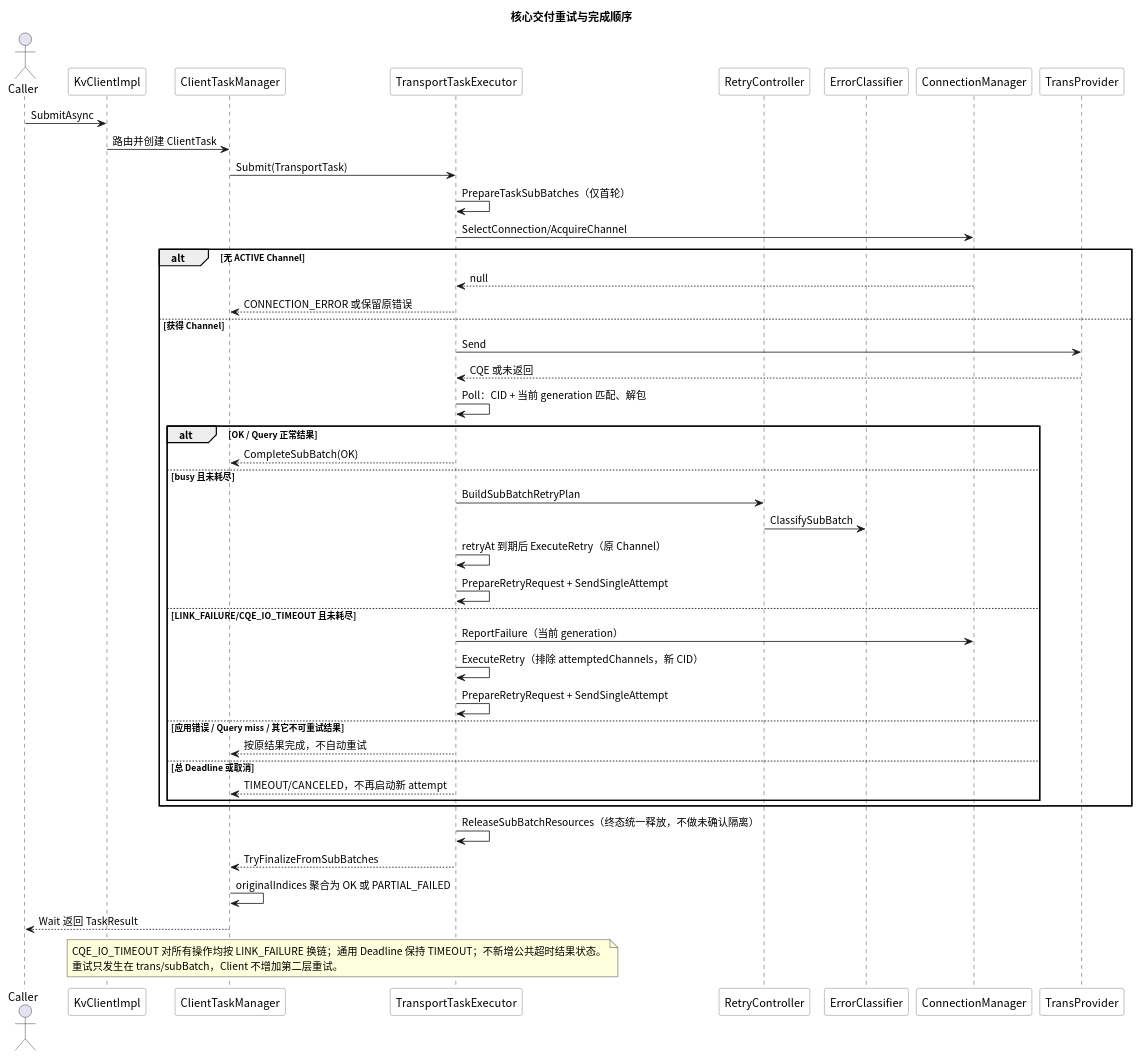
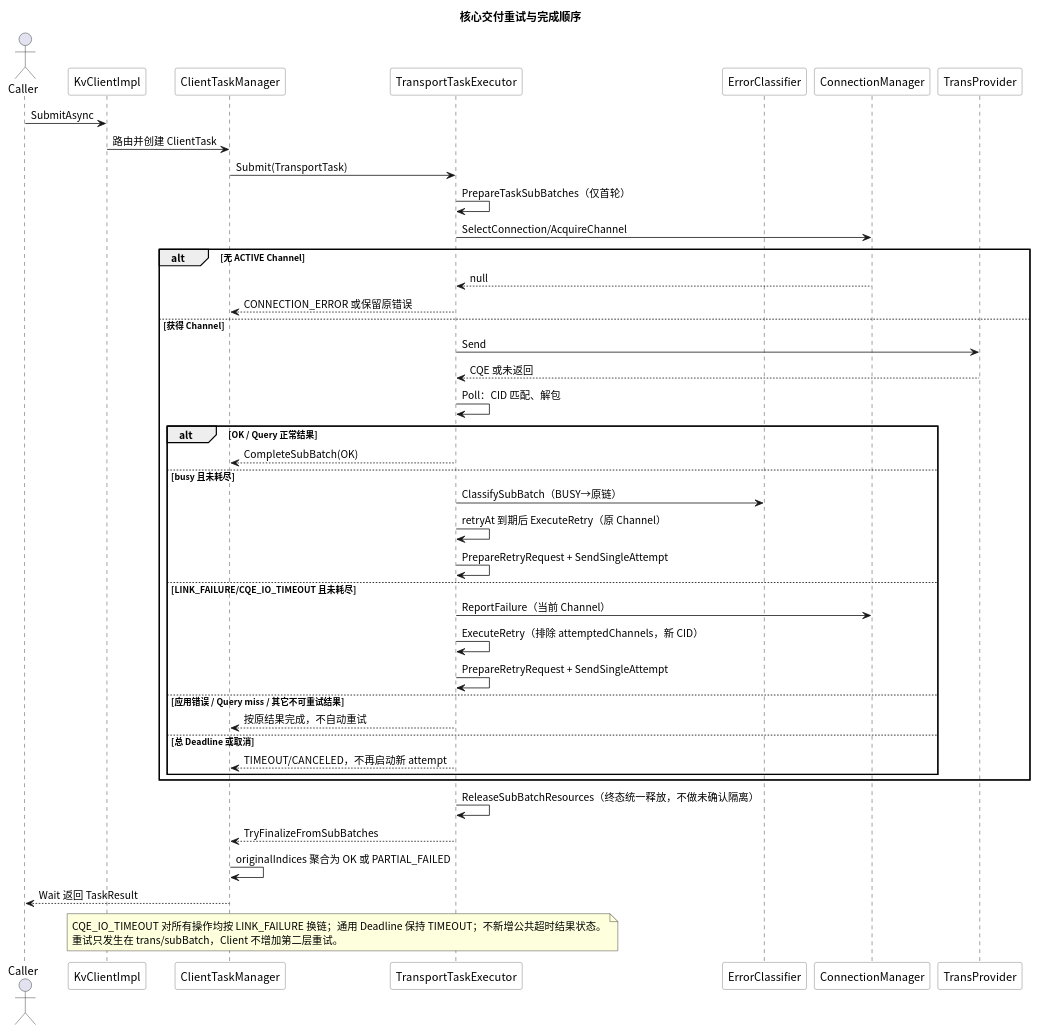
The third of 6 diagrams in kv_semantics/docs/SR20261025425863软件Story设计说明书.md (Shiqt233/unified-cache-management), drawn with PlantUML before and after one commit. The commit also changed other lines of this file, not shown here.

````diff
--- a/kv_semantics/docs/SR20261025425863软件Story设计说明书.md
+++ b/kv_semantics/docs/SR20261025425863软件Story设计说明书.md
@@ -453,53 +404,51 @@
 ```plantuml
 @startuml
 title 核心交付重试与完成顺序
 skinparam sequence {
   ParticipantBackgroundColor #FFFFFF
   ParticipantBorderColor #666666
 }
 skinparam defaultFontName "Noto Sans CJK SC"
 actor Caller
 participant "KvClientImpl" as Client
 participant "ClientTaskManager" as CTM
 participant "TransportTaskExecutor" as Executor
-participant "RetryController" as Retry
 participant "ErrorClassifier" as Classifier
 participant "ConnectionManager" as CM
 participant "TransProvider" as Provider
 
 Caller -> Client : SubmitAsync
 Client -> CTM : 路由并创建 ClientTask
 CTM -> Executor : Submit(TransportTask)
 Executor -> Executor : PrepareTaskSubBatches（仅首轮）
 Executor -> CM : SelectConnection/AcquireChannel
 alt 无 ACTIVE Channel
   CM --> Executor : null
   Executor --> CTM : CONNECTION_ERROR 或保留原错误
 else 获得 Channel
   Executor -> Provider : Send
   Provider --> Executor : CQE 或未返回
-  Executor -> Executor : Poll：CID + 当前 generation 匹配、解包
+  Executor -> Executor : Poll：CID 匹配、解包
   alt OK / Query 正常结果
     Executor --> CTM : CompleteSubBatch(OK)
   else busy 且未耗尽
-    Executor -> Retry : BuildSubBatchRetryPlan
-    Retry -> Classifier : ClassifySubBatch
+    Executor -> Classifier : ClassifySubBatch（BUSY→原链）
     Executor -> Executor : retryAt 到期后 ExecuteRetry（原 Channel）
     Executor -> Executor : PrepareRetryRequest + SendSingleAttempt
   else LINK_FAILURE/CQE_IO_TIMEOUT 且未耗尽
-    Executor -> CM : ReportFailure（当前 generation）
+    Executor -> CM : ReportFailure（当前 Channel）
     Executor -> Executor : ExecuteRetry（排除 attemptedChannels，新 CID）
     Executor -> Executor : PrepareRetryRequest + SendSingleAttempt
   else 应用错误 / Query miss / 其它不可重试结果
     Executor --> CTM : 按原结果完成，不自动重试
   else 总 Deadline 或取消
     Executor --> CTM : TIMEOUT/CANCELED，不再启动新 attempt
   end
 end
 Executor -> Executor : ReleaseSubBatchResources（终态统一释放，不做未确认隔离）
 Executor --> CTM : TryFinalizeFromSubBatches
 CTM -> CTM : originalIndices 聚合为 OK 或 PARTIAL_FAILED
 CTM --> Caller : Wait 返回 TaskResult
 note over Executor,CTM : CQE_IO_TIMEOUT 对所有操作均按 LINK_FAILURE 换链；通用 Deadline 保持 TIMEOUT；不新增公共超时结果状态。\n重试只发生在 trans/subBatch，Client 不增加第二层重试。
 @enduml
 ```
````
